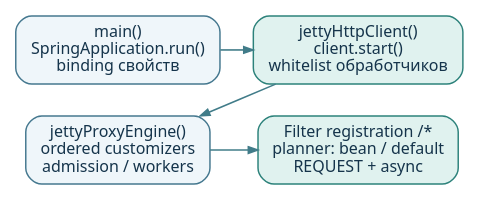
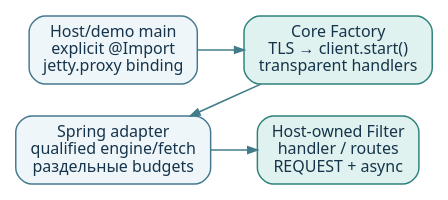
Before and after one commit to AlFlanker/NettyPet: the diagram in jetty-client-example/docs/diagrams/startup.dot, drawn with Graphviz. The commit also changed 19 other files, not shown here.

```diff
--- a/jetty-client-example/docs/diagrams/startup.dot
+++ b/jetty-client-example/docs/diagrams/startup.dot
@@ -1,20 +1,20 @@
 digraph Startup {
   graph [rankdir=LR, bgcolor="white", fontname="Noto Sans", fontsize=12, pad=0.06,
          nodesep=0.34, ranksep=0.35, splines=polyline];
   node [shape=box, style="rounded,filled", fontname="Noto Sans", fontsize=12,
         fontcolor="#15344B", fillcolor="#EFF6FA", color="#45788F", penwidth=1.1, margin="0.14,0.09"];
   edge [color="#417C89", penwidth=1.2, arrowsize=0.7, fontname="Noto Sans", fontsize=12];
 
-  main [label="main()\nSpringApplication.run()\nbinding свойств"];
-  client [label="jettyHttpClient()\nclient.start()\nwhitelist обработчиков", fillcolor="#E0F2EF", color="#2D827B"];
-  servlet [label="jettyProxyEngine()\nordered customizers\nadmission / workers"];
-  registration [label="Filter registration /*\nplanner: bean / default\nREQUEST + async", fillcolor="#E0F2EF", color="#2D827B"];
+  main [label="Host/demo main\nexplicit @Import\njetty.proxy binding"];
+  client [label="Core Factory\nTLS → client.start()\ntransparent handlers", fillcolor="#E0F2EF", color="#2D827B"];
+  servlet [label="Spring adapter\nqualified engine/fetch\nраздельные budgets"];
+  registration [label="Host-owned Filter\nhandler / routes\nREQUEST + async", fillcolor="#E0F2EF", color="#2D827B"];
 
   { rank=same; main; servlet; }
   { rank=same; client; registration; }
   main -> servlet [style=invis, weight=30];
   client -> registration [style=invis, weight=30];
   main -> client;
   client -> servlet [constraint=false];
   servlet -> registration;
 }
```
